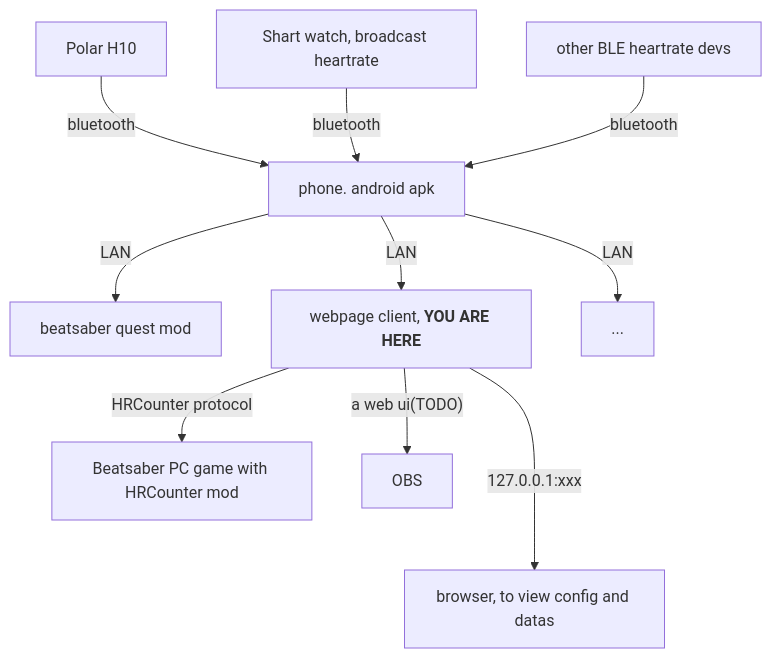
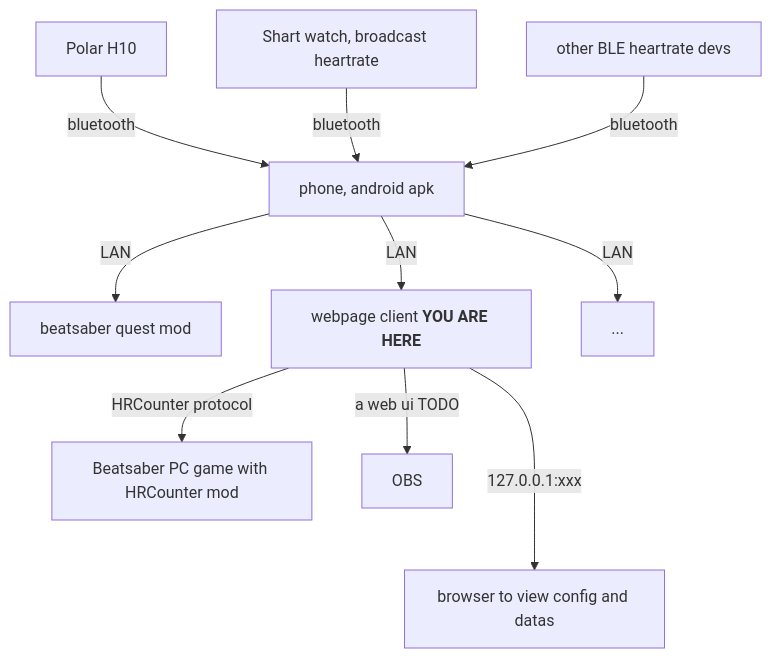
The diagram in README.md (frto027/HeartbeatLanClient), drawn with Mermaid before and after one commit.

````diff
--- a/README.md
+++ b/README.md
@@ -39,23 +39,23 @@
 ```mermaid
 graph TD;
     POLAR_H10[Polar H10]
     SMART_WATCH[Shart watch, broadcast heartrate]
     BLE_DEV[other BLE heartrate devs]
-    PHONE[phone. android apk]
+    PHONE[phone, android apk]
     BEATSABER[beatsaber quest mod]
-    PCAPP[webpage client, <b>YOU ARE HERE</b>]
+    PCAPP[webpage client <b>YOU ARE HERE</b>]
     BEATSABER_PC[Beatsaber PC game with HRCounter mod]
-    BROWSER[browser, to view config and datas]
+    BROWSER[browser to view config and datas]
 
     POLAR_H10--bluetooth-->PHONE;
     SMART_WATCH--bluetooth-->PHONE;
     BLE_DEV--bluetooth-->PHONE;
     PHONE--LAN-->BEATSABER;
     PHONE--LAN-->PCAPP;
     PHONE--LAN-->...;
 
     PCAPP--127.0.0.1:xxxx-->BROWSER;
     PCAPP--HRCounter protocol-->BEATSABER_PC;
-    PCAPP--a web ui(TODO)-->OBS
+    PCAPP--a web ui TODO-->OBS
 
 ```
````
